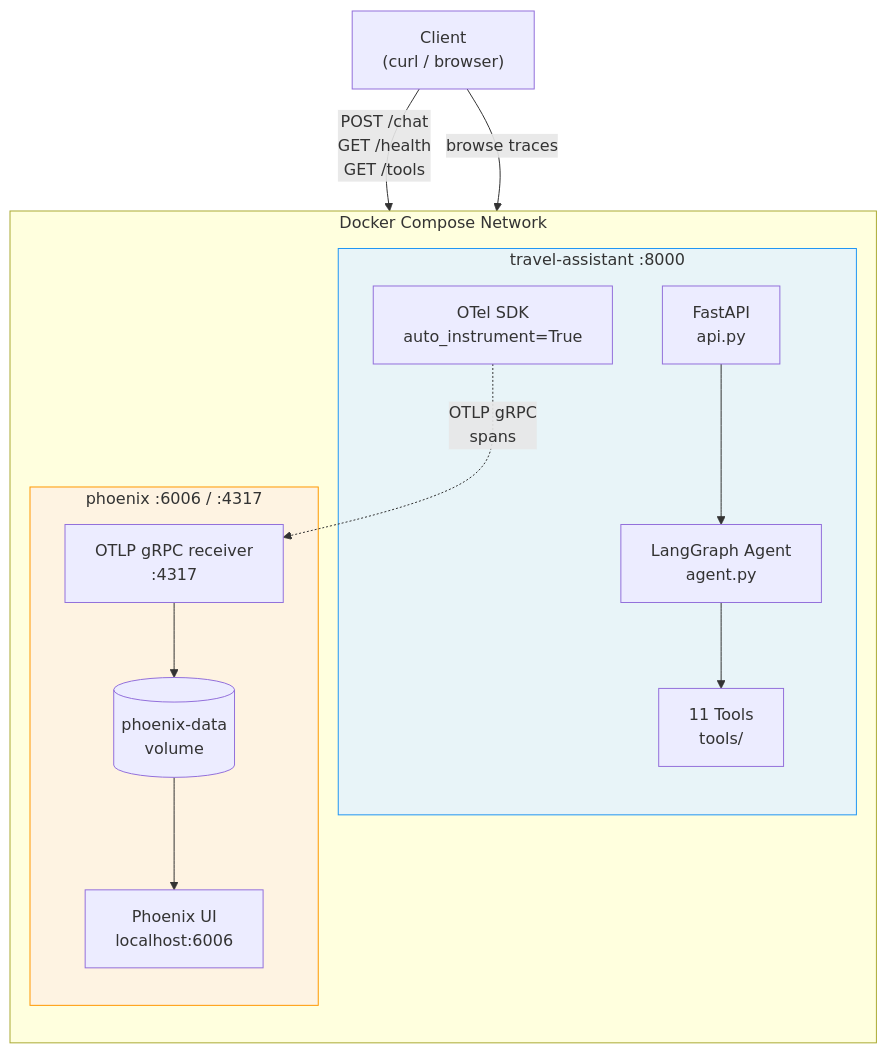
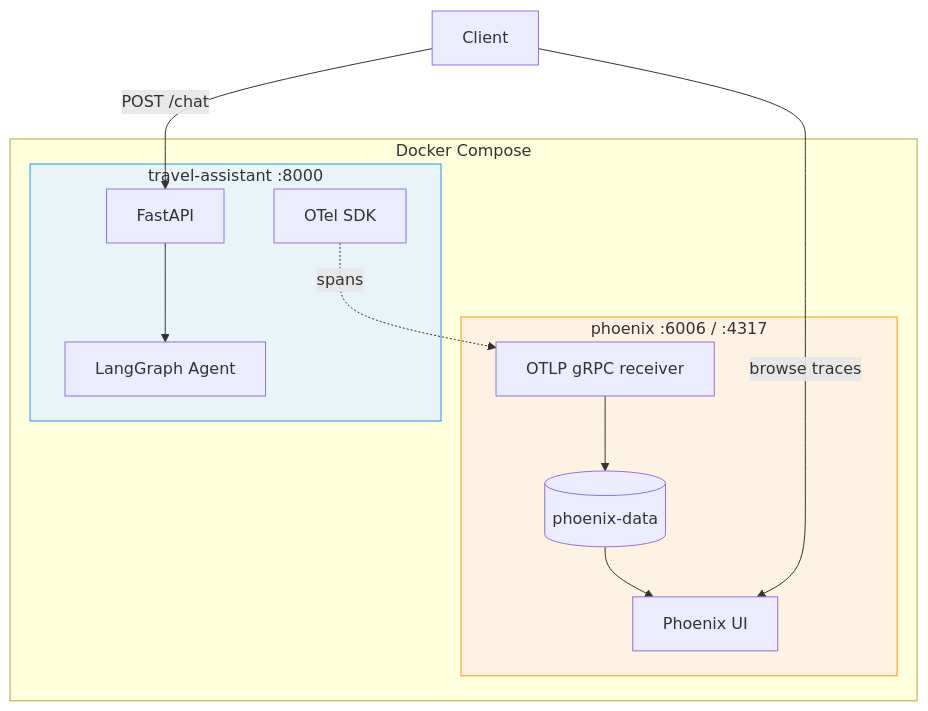
One commit to kmoonwright/travel-agent changed the first of 4 diagrams in ARCHITECTURE.md. Above: the diagram before and after it, drawn with Mermaid. The commit also changed other lines of this file, not shown here.

First line of the commit message:
docs: simplify architecture diagrams, remove tool and span detail sections

````diff
--- a/ARCHITECTURE.md
+++ b/ARCHITECTURE.md
@@ -11,33 +7,28 @@
 ```mermaid
 graph TD
-    Client["Client\n(curl / browser)"]
+    Client["Client"]
 
-    subgraph docker ["Docker Compose Network"]
-        direction TB
-
+    subgraph docker ["Docker Compose"]
         subgraph ta ["travel-assistant  :8000"]
-            API["FastAPI\napi.py"]
-            Agent["LangGraph Agent\nagent.py"]
-            Tools["11 Tools\ntools/"]
-            OTel["OTel SDK\nauto_instrument=True"]
+            API["FastAPI"]
+            Agent["LangGraph Agent"]
+            OTel["OTel SDK"]
         end
 
         subgraph ph ["phoenix  :6006 / :4317"]
-            PhUI["Phoenix UI\nlocalhost:6006"]
-            PhOTLP["OTLP gRPC receiver\n:4317"]
-            PhData[("phoenix-data\nvolume")]
+            PhUI["Phoenix UI"]
+            PhOTLP["OTLP gRPC receiver"]
+            PhData[("phoenix-data")]
         end
 
         API --> Agent
-        Agent --> Tools
-        OTel -. "OTLP gRPC\nspans" .-> PhOTLP
-        PhOTLP --> PhData
-        PhData --> PhUI
+        OTel -. "spans" .-> PhOTLP
+        PhOTLP --> PhData --> PhUI
     end
 
-    Client -- "POST /chat\nGET /health\nGET /tools" --> API
+    Client -- "POST /chat" --> API
     Client -- "browse traces" --> PhUI
 
     style ta fill:#e8f4f8,stroke:#2196F3
     style ph fill:#fef3e2,stroke:#FF9800
 ```
````
